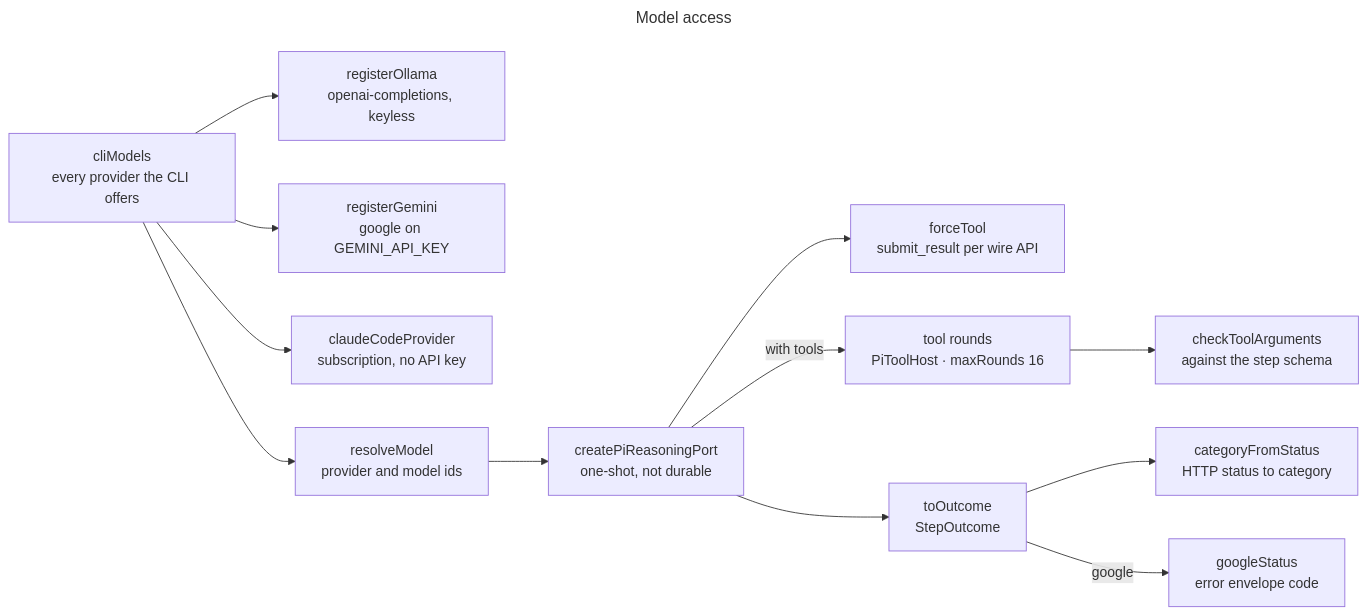
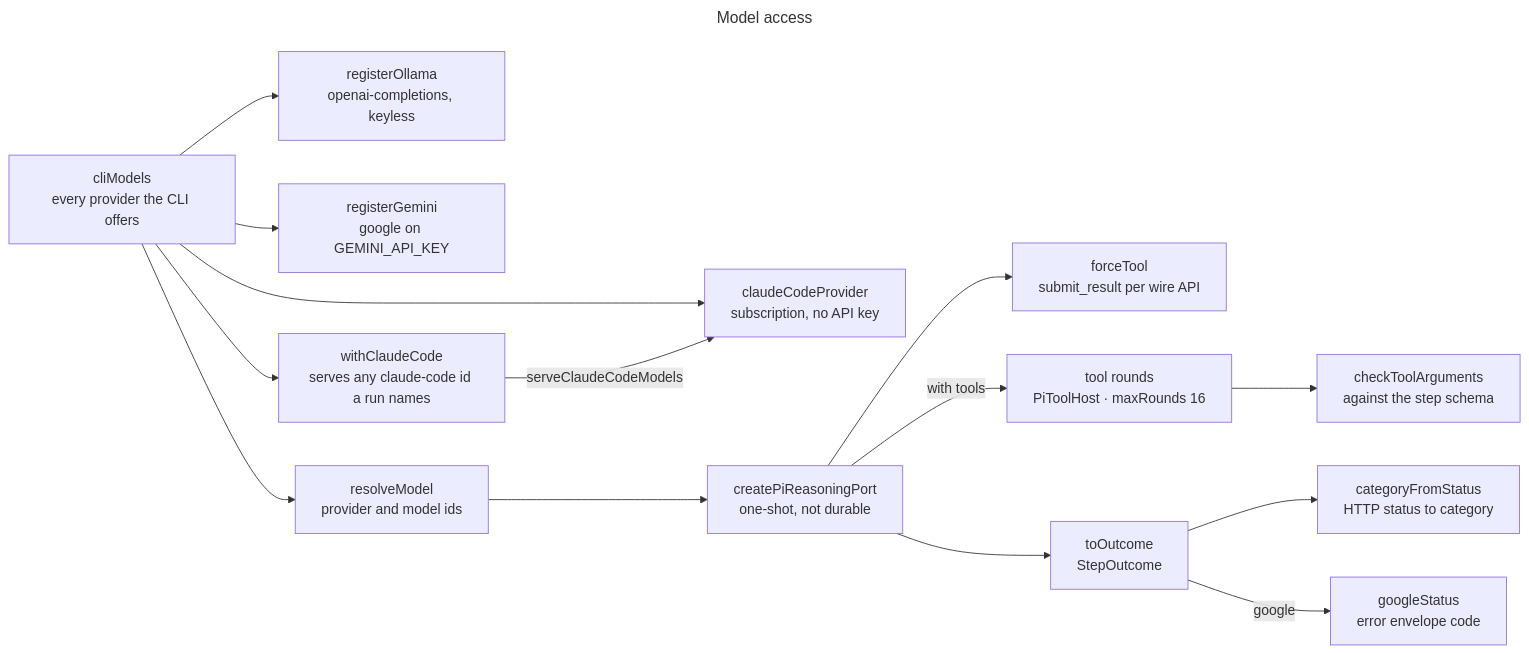
Before and after one commit to jtaylorcpp/specsesh-agent: the diagram in blueprint/models.mmd, drawn with Mermaid. The commit also changed 16 other files, not shown here.

First line of the commit message:
claude-code-model-ids: the claude-code provider serves any model id (#50)

```diff
--- a/blueprint/models.mmd
+++ b/blueprint/models.mmd
@@ -1,43 +1,49 @@
 ---
 title: Model access
 ---
 flowchart LR
   models[cliModels<br/>every provider the CLI offers]
   ollama[registerOllama<br/>openai-completions, keyless]
   gemini[registerGemini<br/>google on GEMINI_API_KEY]
   claude[claudeCodeProvider<br/>subscription, no API key]
+  served[withClaudeCode<br/>serves any claude-code id a run names]
   resolve[resolveModel<br/>provider and model ids]
   port[createPiReasoningPort<br/>one-shot, not durable]
   force[forceTool<br/>submit_result per wire API]
   check[checkToolArguments<br/>against the step schema]
   rounds[tool rounds<br/>PiToolHost · maxRounds 16]
   outcome[toOutcome<br/>StepOutcome]
   category[categoryFromStatus<br/>HTTP status to category]
   google[googleStatus<br/>error envelope code]
 
   models --> ollama
   models --> gemini
   models --> claude
+  models --> served
+  served -->|serveClaudeCodeModels| claude
   models --> resolve
   resolve --> port
   port --> force
   port -->|with tools| rounds
   rounds --> check
   port --> outcome
   outcome --> category
   outcome -->|google| google
 
-  %% code: models packages/agent/src/bin/models.ts:23
+  %% code: models packages/agent/src/bin/models.ts:26
   %% code: ollama packages/agent/src/pi/ollama.ts:74
   %% code: gemini packages/agent/src/pi/gemini.ts:44
-  %% code: claude packages/agent/src/claude-code/claude-code-provider.ts:128
+  %% code: claude packages/agent/src/claude-code/claude-code-provider.ts:152
+  %% code: served packages/agent/src/bin/models.ts:55
   %% code: resolve packages/agent/src/pi/models.ts:16
   %% code: port packages/agent/src/pi/port.ts:88
   %% code: force packages/agent/src/pi/port.ts:365
   %% code: check packages/agent/src/pi/port.ts:295
   %% code: rounds packages/agent/src/pi/port.ts:86
   %% code: outcome packages/agent/src/pi/port.ts:385
   %% code: category packages/agent/src/pi/categories.ts:9
   %% code: google packages/agent/src/pi/categories.ts:32
 
   %% subsystem: claude claude-code.mmd
+
+  class served done
```
